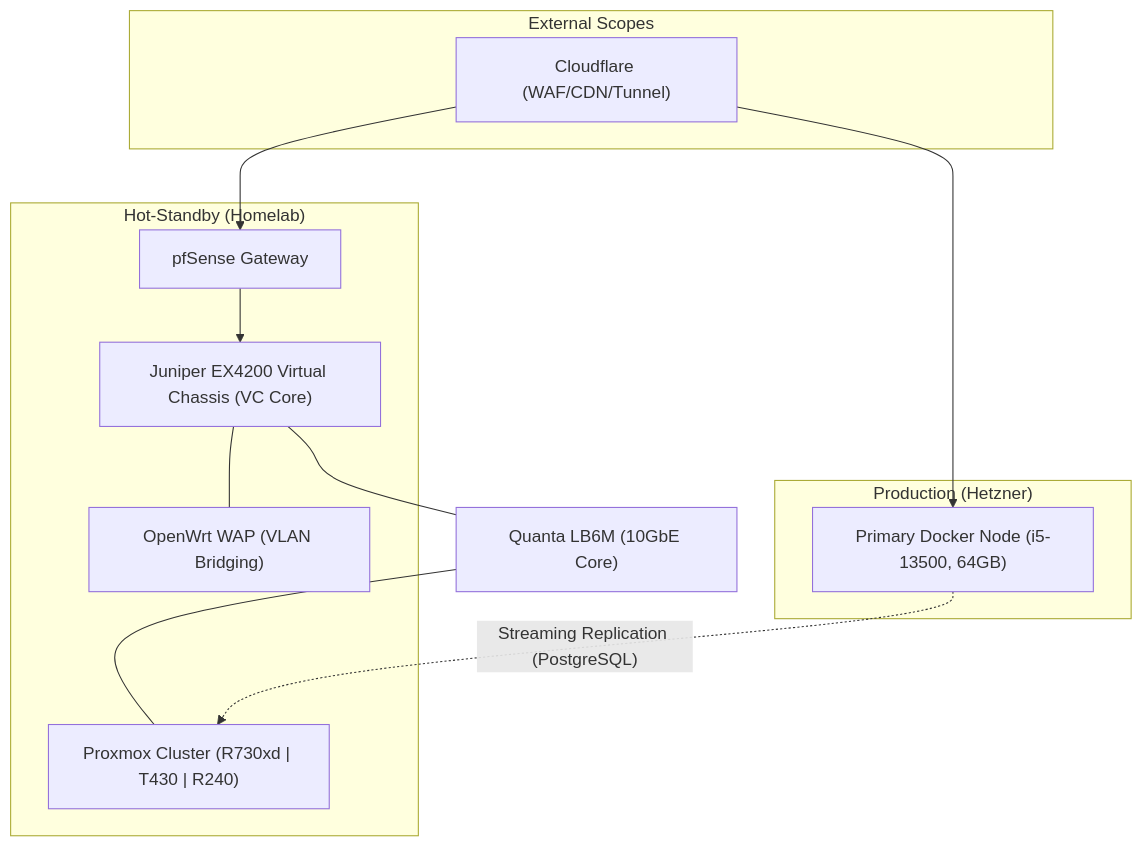
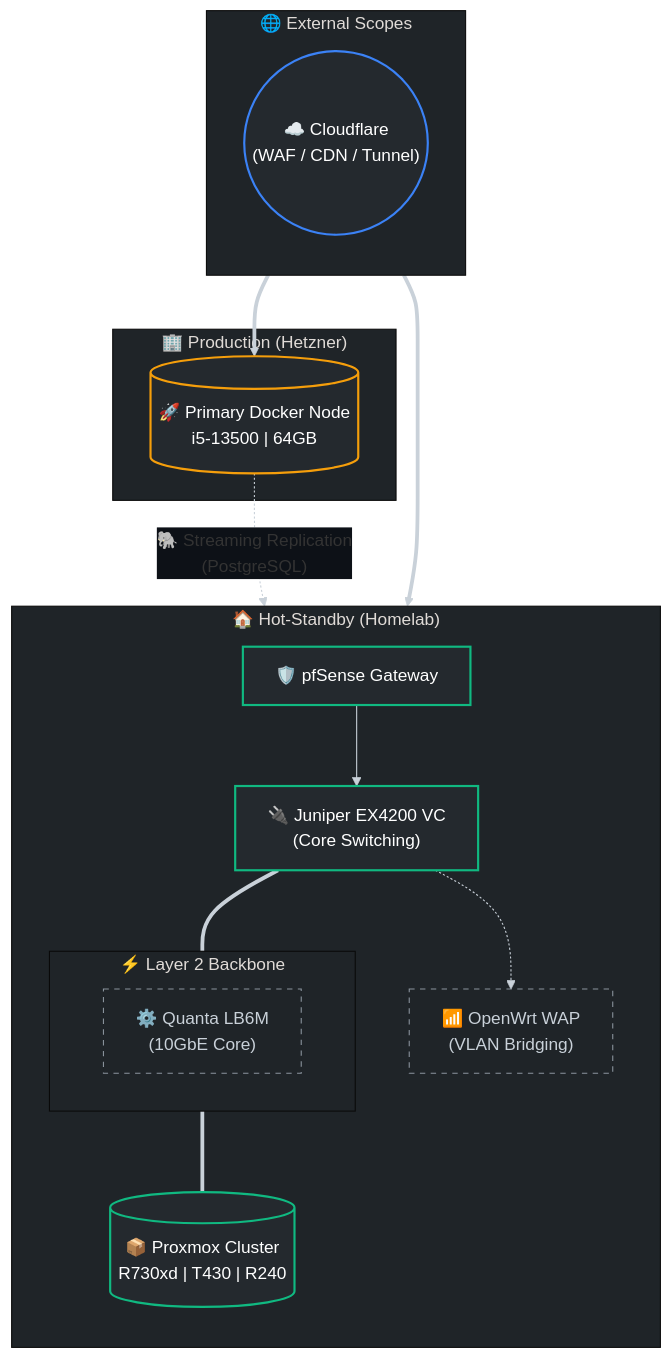
The diagram in README.md (Labontese/labontese), drawn with Mermaid before and after one commit.

Commit message:
Upgrade network topology diagram with Mermaid flowchart styling

````diff
--- a/README.md
+++ b/README.md
@@ -14,25 +14,46 @@
 ```mermaid
-graph TD
-    subgraph "External Scopes"
-        CF["Cloudflare (WAF/CDN/Tunnel)"]
+%%{init: {'theme': 'base', 'themeVariables': { 'primaryColor': '#161b22', 'edgeLabelBackground':'#0d1117', 'tertiaryColor': '#1f2428', 'lineColor': '#c9d1d9'}}}%%
+flowchart TD
+    %% Styling Definitions
+    classDef cloud fill:#24292e,stroke:#3b82f6,stroke-width:2px,color:#fff;
+    classDef hetzner fill:#24292e,stroke:#f59e0b,stroke-width:2px,color:#fff;
+    classDef homelab fill:#24292e,stroke:#10b981,stroke-width:2px,color:#fff;
+    classDef net fill:#1f2428,stroke:#8b949e,stroke-width:1px,color:#c9d1d9,stroke-dasharray: 5 5;
+
+    %% External Scope
+    subgraph EXT ["🌐 External Scopes"]
+        direction TB
+        CF(("☁️ Cloudflare<br/>(WAF / CDN / Tunnel)")):::cloud
     end
 
-    subgraph "Production (Hetzner)"
-        HZ["Primary Docker Node (i5-13500, 64GB)"]
+    %% Production Scope
+    subgraph HZ_LOC ["🏢 Production (Hetzner)"]
+        HZ[("🚀 Primary Docker Node<br/>i5-13500 | 64GB")]:::hetzner
     end
 
-    subgraph "Hot-Standby (Homelab)"
-        PF["pfSense Gateway"]
-        JN["Juniper EX4200 Virtual Chassis (VC Core)"]
-        PV["Proxmox Cluster (R730xd | T430 | R240)"]
-        OW["OpenWrt WAP (VLAN Bridging)"]
+    %% Homelab Scope
+    subgraph HL_LOC ["🏠 Hot-Standby (Homelab)"]
+        direction TB
+        PF["🛡️ pfSense Gateway"]:::homelab
+        JN["🔌 Juniper EX4200 VC<br/>(Core Switching)"]:::homelab
+        
+        subgraph L2 ["⚡ Layer 2 Backbone"]
+            direction LR
+            LB6["⚙️ Quanta LB6M<br/>(10GbE Core)"]:::net
+        end
+        
+        PV[("📦 Proxmox Cluster<br/>R730xd | T430 | R240")]:::homelab
+        OW["📶 OpenWrt WAP<br/>(VLAN Bridging)"]:::net
     end
 
-    CF --> HZ
-    CF --> PF
+    %% Relationships
+    CF ==> HZ
+    CF ==> PF
     PF --> JN
-    JN --- LB6["Quanta LB6M (10GbE Core)"]
-    LB6 --- PV
-    JN --- OW
-    HZ -. "Streaming Replication (PostgreSQL)" .-> PV
+    JN === LB6
+    LB6 === PV
+    JN -.-> OW
+    
+    %% Replication Link
+    HZ -. "🐘 Streaming Replication<br/>(PostgreSQL)" .-> PV
 ```
````
